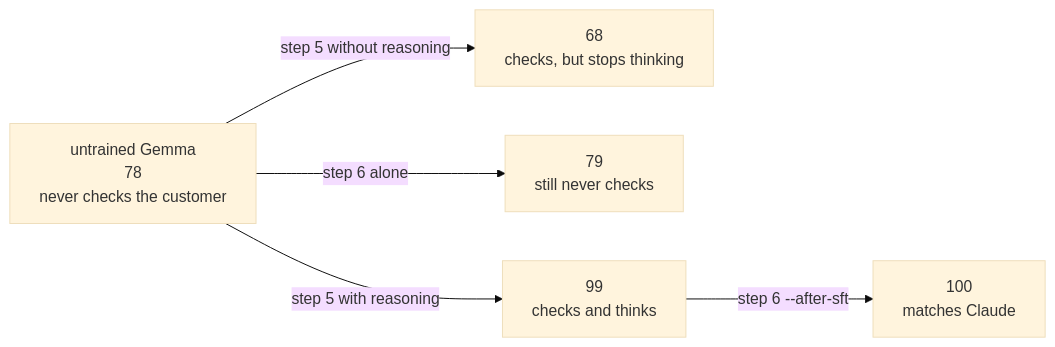
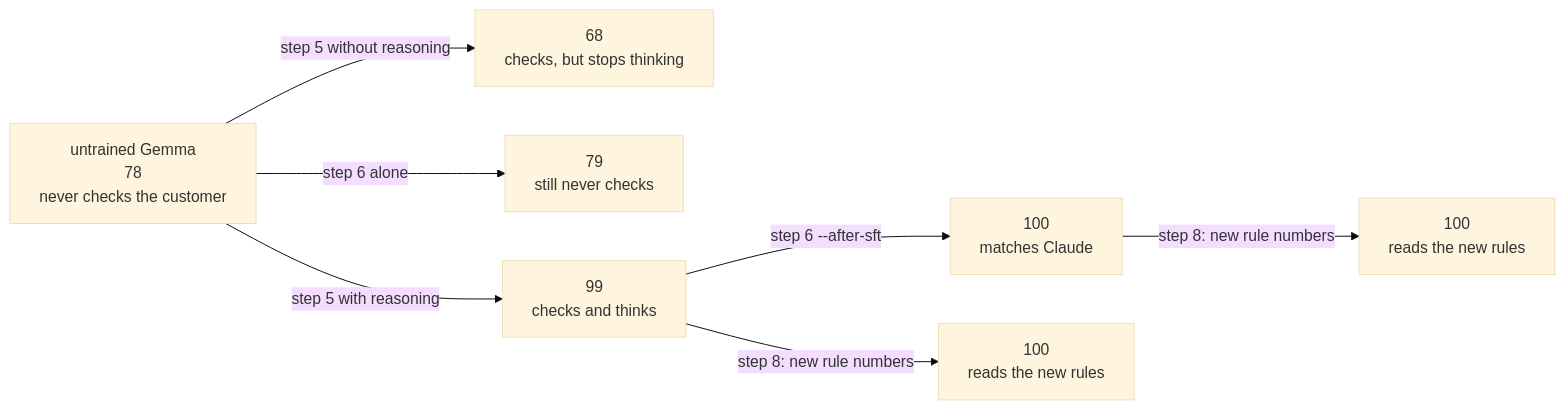
Before and after one commit to lastlad/rl-environments-demo: diagram 14 of 14 in docs/3-the-steps.md, drawn with Mermaid (base theme). The commit also changed other lines of this file and 14 other files, not shown here.

First line of the commit message:
Add step 8: changed-rules exam to test learned vs memorised rules

````diff
--- a/docs/3-the-steps.md
+++ b/docs/3-the-steps.md
@@ -353,8 +411,10 @@
 ```mermaid
 flowchart LR
     U["untrained Gemma<br/>78<br/>never checks the customer"]
     U -->|"step 5 without reasoning"| N["68<br/>checks, but stops thinking"]
     U -->|"step 6 alone"| R["79<br/>still never checks"]
     U -->|"step 5 with reasoning"| S["99<br/>checks and thinks"]
     S -->|"step 6 --after-sft"| SR["100<br/>matches Claude"]
+    S -->|"step 8: new rule numbers"| G1["100<br/>reads the new rules"]
+    SR -->|"step 8: new rule numbers"| G2["100<br/>reads the new rules"]
 ```
````
